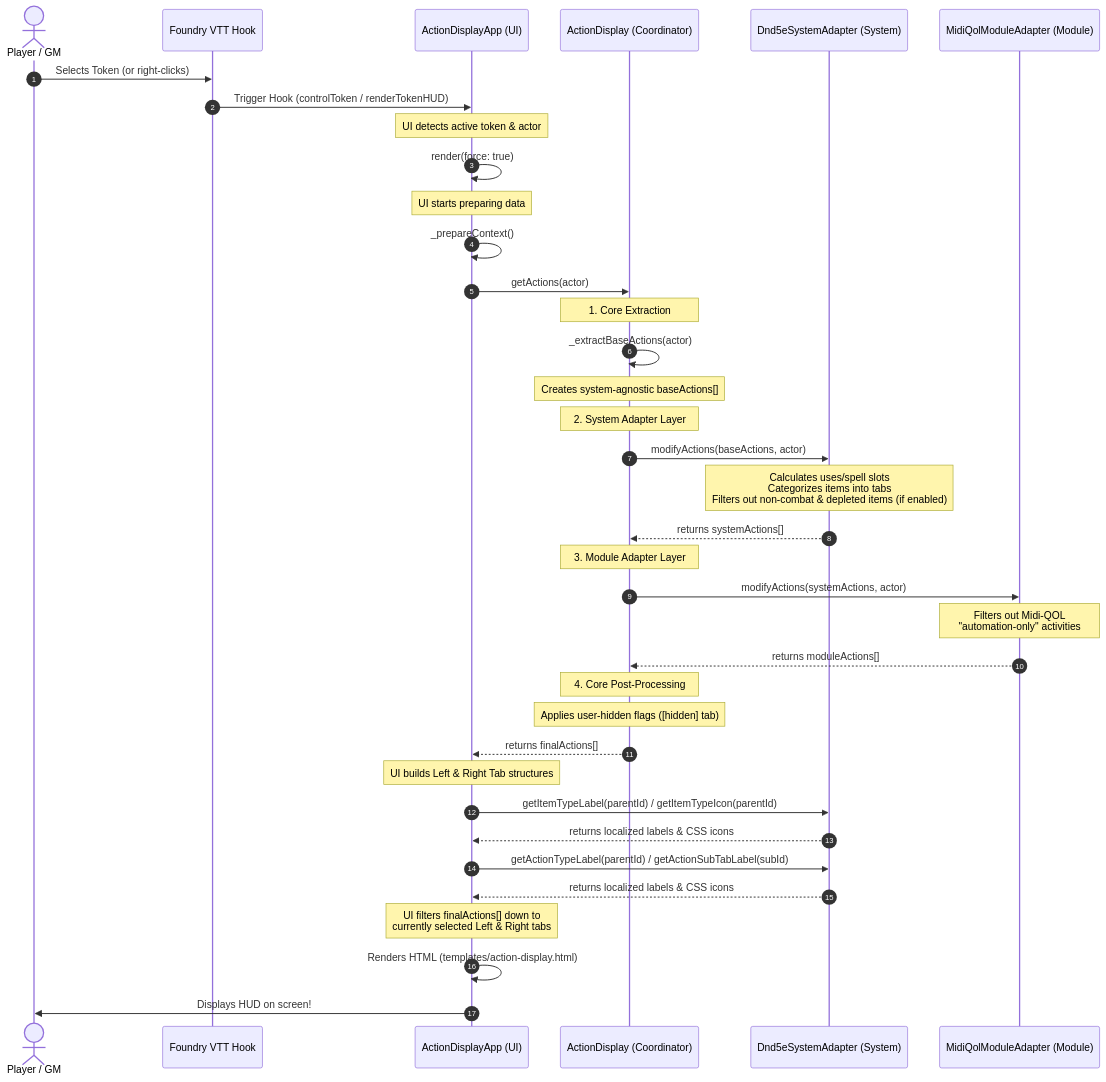
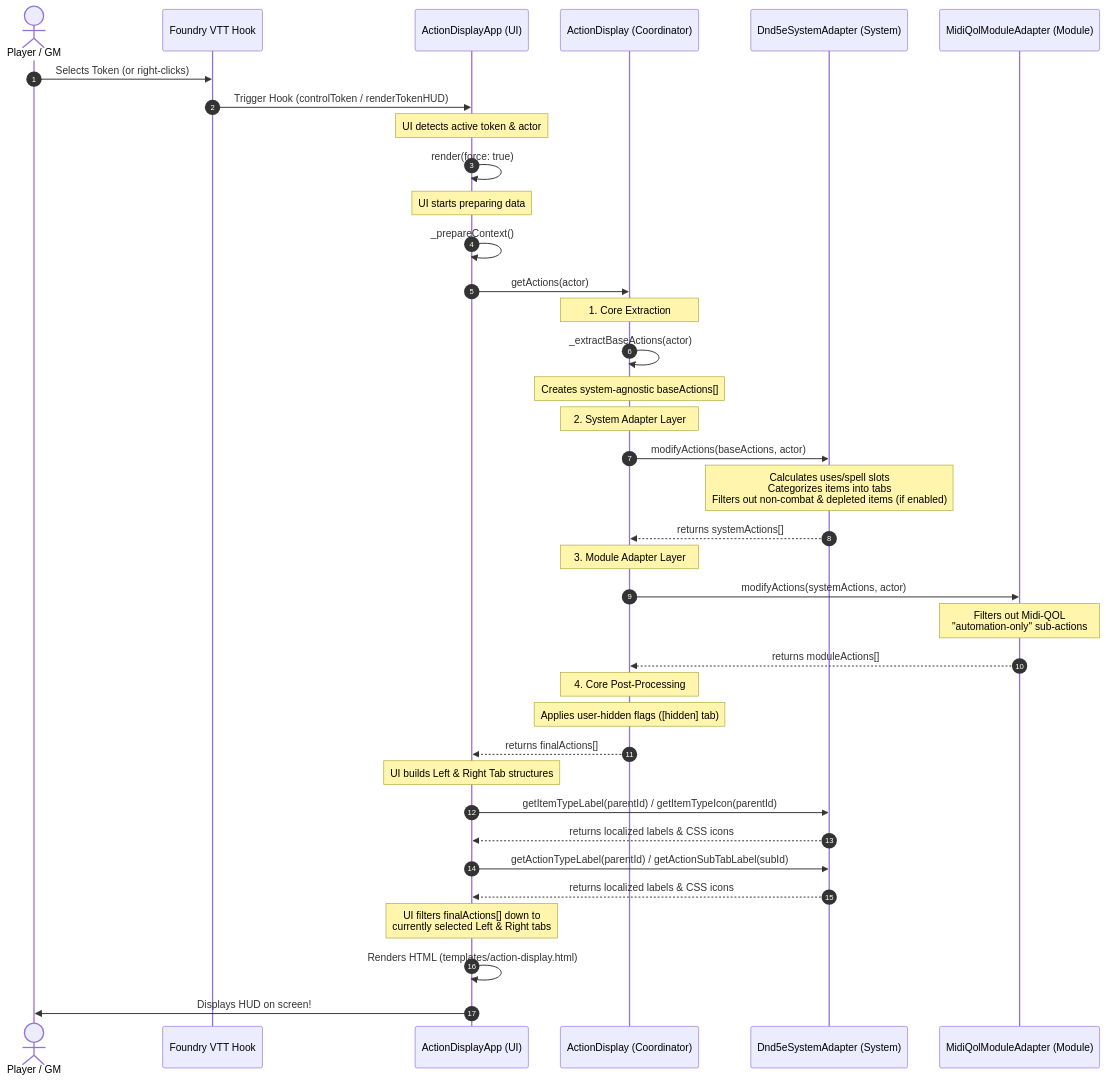
Before and after one commit to aljames-arctic/bakana-action-display: the second of 2 diagrams in documents/architecture_guide.md, drawn with Mermaid. The commit also changed other lines of this file and 3 other files, not shown here.

Commit message:
refactor(ui): generalize multi-activity items to system-agnostic sub-actions

````diff
--- a/documents/architecture_guide.md
+++ b/documents/architecture_guide.md
@@ -141,50 +143,50 @@
 ```mermaid
 sequenceDiagram
     autonumber
     actor User as Player / GM
     participant Hook as Foundry VTT Hook
     participant UI as ActionDisplayApp (UI)
     participant Core as ActionDisplay (Coordinator)
     participant Sys as Dnd5eSystemAdapter (System)
     participant Mod as MidiQolModuleAdapter (Module)
 
     User->>Hook: Selects Token (or right-clicks)
     Hook->>UI: Trigger Hook (controlToken / renderTokenHUD)
     Note over UI: UI detects active token & actor
     UI->>UI: render(force: true)
     
     Note over UI: UI starts preparing data
     UI->>UI: _prepareContext()
     
     %% Core Pipeline Start
     UI->>Core: getActions(actor)
     Note over Core: 1. Core Extraction
     Core->>Core: _extractBaseActions(actor)
     Note over Core: Creates system-agnostic baseActions[]
     
     Note over Core: 2. System Adapter Layer
     Core->>Sys: modifyActions(baseActions, actor)
     Note over Sys: Calculates uses/spell slots<br/>Categorizes items into tabs<br/>Filters out non-combat & depleted items (if enabled)
     Sys-->>Core: returns systemActions[]
     
     Note over Core: 3. Module Adapter Layer
     Core->>Mod: modifyActions(systemActions, actor)
-    Note over Mod: Filters out Midi-QOL<br/>"automation-only" activities
+    Note over Mod: Filters out Midi-QOL<br/>"automation-only" sub-actions
     Mod-->>Core: returns moduleActions[]
     
     Note over Core: 4. Core Post-Processing
     Note over Core: Applies user-hidden flags ([hidden] tab)
     Core-->>UI: returns finalActions[]
     %% Core Pipeline End
 
     Note over UI: UI builds Left & Right Tab structures
     UI->>Sys: getItemTypeLabel(parentId) / getItemTypeIcon(parentId)
     Sys-->>UI: returns localized labels & CSS icons
     UI->>Sys: getActionTypeLabel(parentId) / getActionSubTabLabel(subId)
     Sys-->>UI: returns localized labels & CSS icons
     
     Note over UI: UI filters finalActions[] down to<br/>currently selected Left & Right tabs
     
     UI->>UI: Renders HTML (templates/action-display.html)
     UI->>User: Displays HUD on screen!
 ```
````
